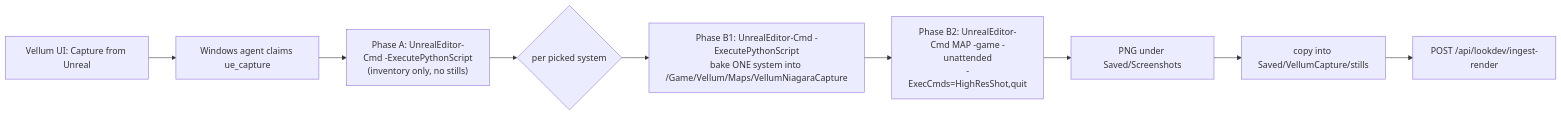
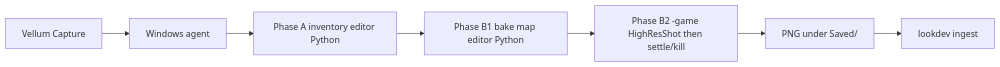
The diagram in docs/scratch-inspect-niagara.md (AptlyClever/vellum), drawn with Mermaid before and after one commit. The commit also changed other lines of this file and 3 other files, not shown here.

First line of the commit message:
Fix game-mode stills: stop HighResShot/quit race and warm Niagara.

````diff
--- a/docs/scratch-inspect-niagara.md
+++ b/docs/scratch-inspect-niagara.md
@@ -29,11 +24,9 @@
 ```mermaid
 flowchart LR
-  A[Vellum UI: Capture from Unreal] --> B[Windows agent claims ue_capture]
-  B --> C["Phase A: UnrealEditor-Cmd -ExecutePythonScript\n(inventory only, no stills)"]
-  C --> D{"per picked system"}
-  D --> E["Phase B1: UnrealEditor-Cmd -ExecutePythonScript\nbake ONE system into /Game/Vellum/Maps/VellumNiagaraCapture"]
-  E --> F["Phase B2: UnrealEditor-Cmd MAP -game -unattended\n-ExecCmds=HighResShot,quit"]
-  F --> G[PNG under Saved/Screenshots]
-  G --> H[copy into Saved/VellumCapture/stills]
-  H --> I[POST /api/lookdev/ingest-render]
+  A[Vellum Capture] --> B[Windows agent]
+  B --> C[Phase A inventory editor Python]
+  C --> D[Phase B1 bake map editor Python]
+  D --> E["Phase B2 -game HighResShot then settle/kill"]
+  E --> F[PNG under Saved/]
+  F --> G[lookdev ingest]
 ```
````
